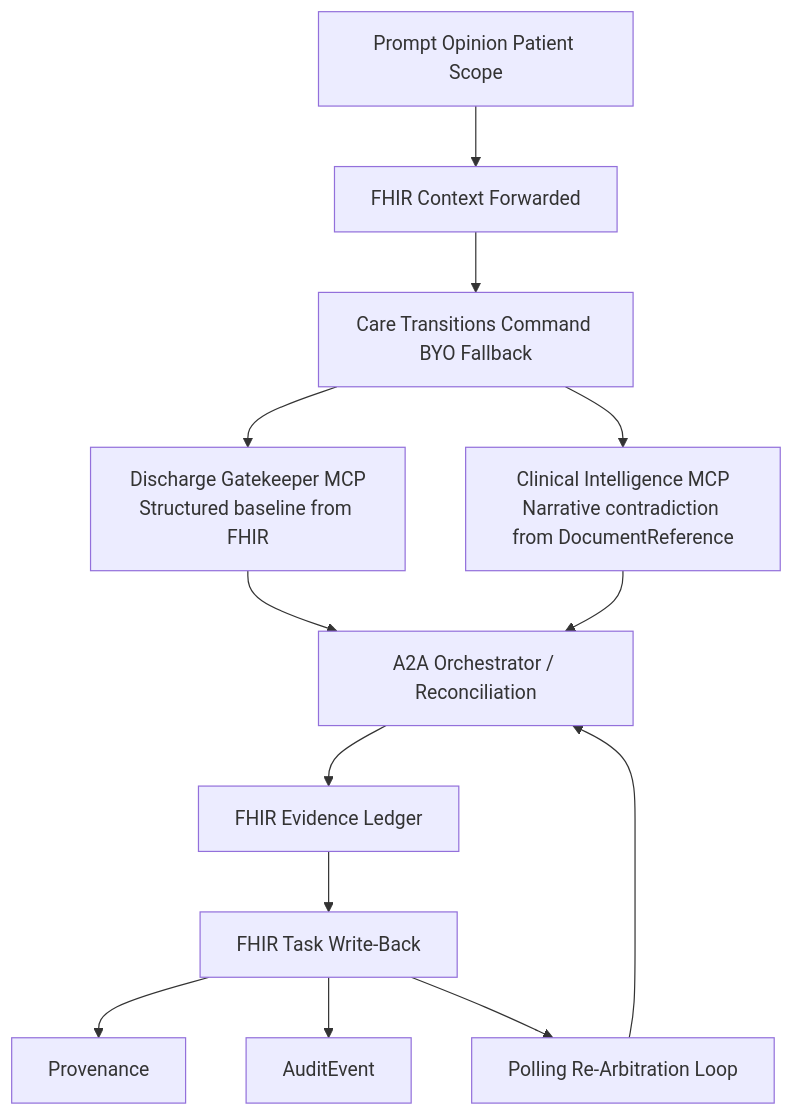
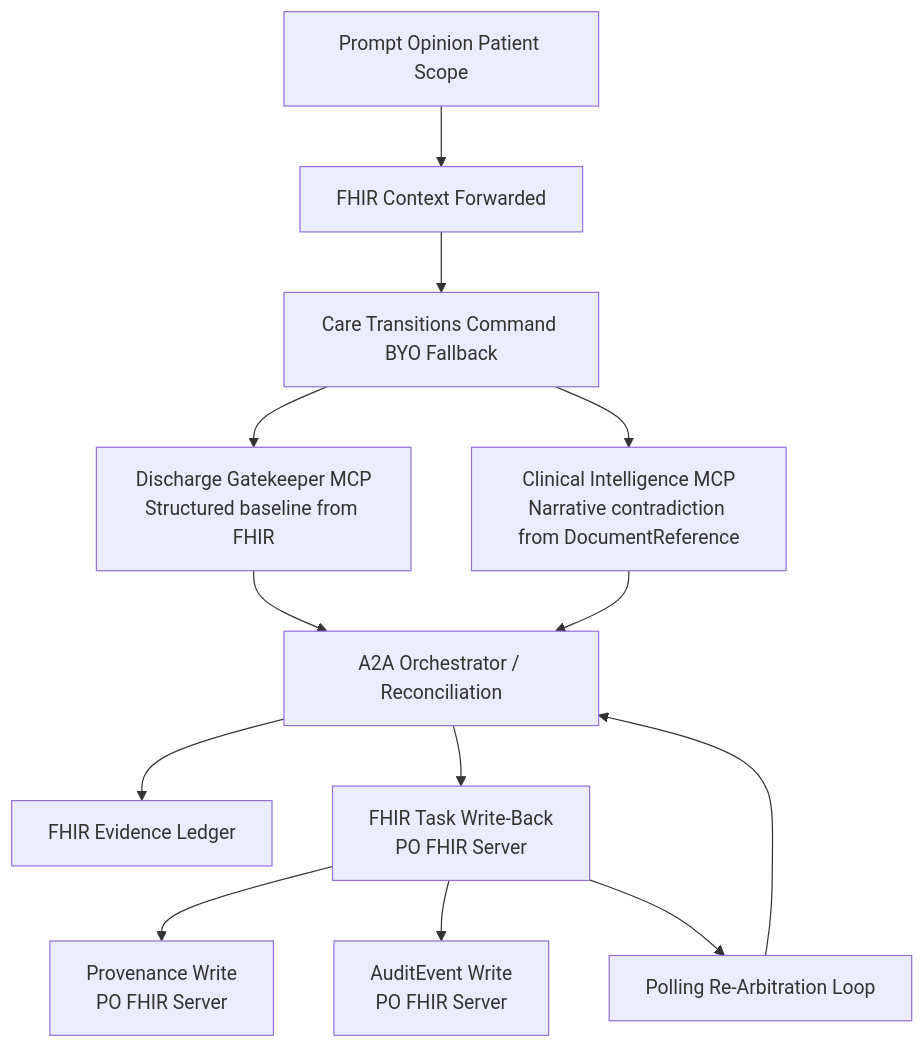
The diagram in README.md (Arshgill01/Discharge-Gatekeeper), drawn with Mermaid before and after one commit. The commit also changed other lines of this file and 1 other file, not shown here.

Commit message:
docs: update devpost and readme with real po fhir resource ids

````diff
--- a/README.md
+++ b/README.md
@@ -27,15 +27,15 @@
 ```mermaid
 flowchart TD
   PO[Prompt Opinion Patient Scope] --> FHIR[FHIR Context Forwarded]
   FHIR --> BYO[Care Transitions Command BYO Fallback]
   BYO --> DGK[Discharge Gatekeeper MCP<br/>Structured baseline from FHIR]
   BYO --> CI[Clinical Intelligence MCP<br/>Narrative contradiction from DocumentReference]
   DGK --> ORCH[A2A Orchestrator / Reconciliation]
   CI --> ORCH
   ORCH --> LEDGER[FHIR Evidence Ledger]
-  LEDGER --> TASK[FHIR Task Write-Back]
-  TASK --> PROV[Provenance]
-  TASK --> AUDIT[AuditEvent]
-  TASK --> REARB[Polling Re-Arbitration Loop]
+  ORCH --> TASK_WRITE[FHIR Task Write-Back<br/>PO FHIR Server]
+  TASK_WRITE --> PROV_WRITE[Provenance Write<br/>PO FHIR Server]
+  TASK_WRITE --> AUDIT_WRITE[AuditEvent Write<br/>PO FHIR Server]
+  TASK_WRITE --> REARB[Polling Re-Arbitration Loop]
   REARB --> ORCH
 ```
````
